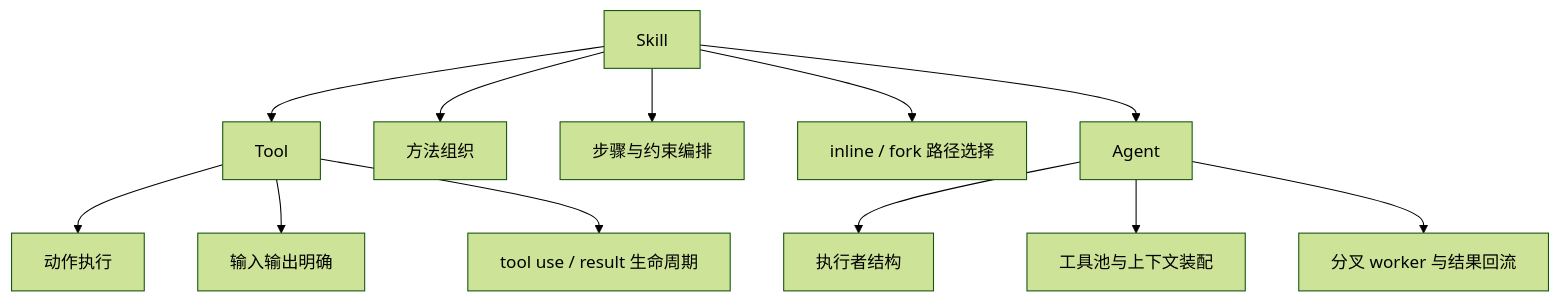
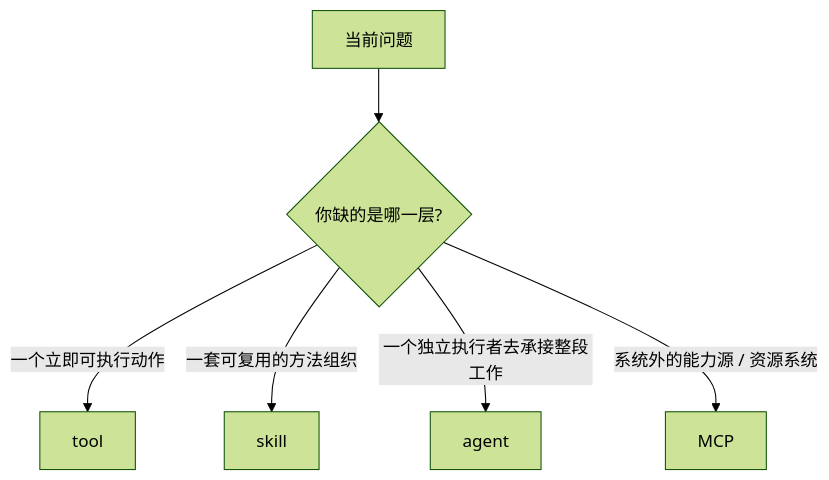
Before and after one commit to T0UGH/claude-code-source-guide: the diagram in docs/guidebookv2/volume-5/08-boundaries-between-skill-tool-and-agent.md, drawn with Mermaid (forest theme). The commit also changed other lines of this file and 5 other files, not shown here.

````diff
--- a/docs/guidebookv2/volume-5/08-boundaries-between-skill-tool-and-agent.md
+++ b/docs/guidebookv2/volume-5/08-boundaries-between-skill-tool-and-agent.md
@@ -175,17 +52,8 @@
 ```mermaid
 flowchart TD
-    A[Tool] --> A1[动作执行]
-    A --> A2[输入输出明确]
-    A --> A3[tool use / result 生命周期]
-
-    B[Skill] --> B1[方法组织]
-    B --> B2[步骤与约束编排]
-    B --> B3[inline / fork 路径选择]
-
-    C[Agent] --> C1[执行者结构]
-    C --> C2[工具池与上下文装配]
-    C --> C3[分叉 worker 与结果回流]
-
-    B --> A
-    B --> C
+    A[当前问题] --> B{你缺的是哪一层?}
+    B -- 一个立即可执行动作 --> C[tool]
+    B -- 一套可复用的方法组织 --> D[skill]
+    B -- 一个独立执行者去承接整段工作 --> E[agent]
+    B -- 系统外的能力源 / 资源系统 --> F[MCP]
 ```
````
